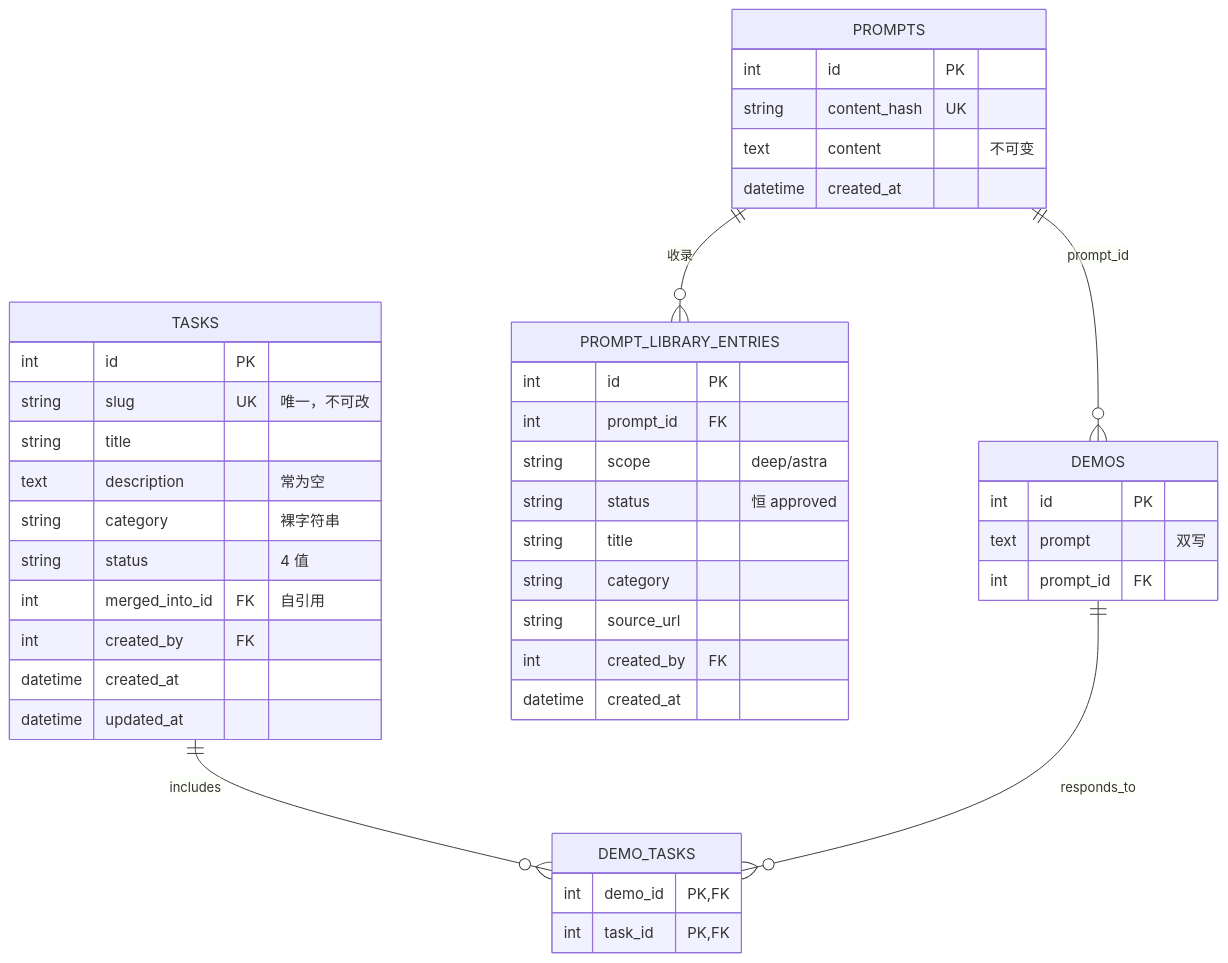
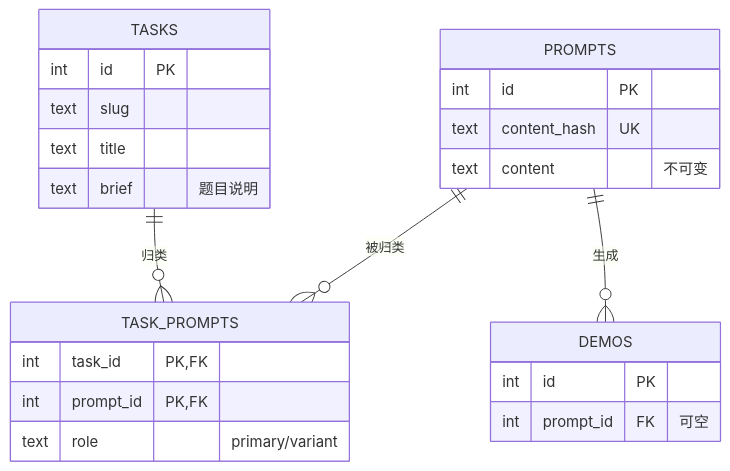
One commit to deepdemos/ds-demos-showcase changed the second of 6 diagrams in docs/实体域数据结构设计.md. Above: the diagram before and after it, drawn with Mermaid. The commit also changed other lines of this file, not shown here.

First line of the commit message:
docs: 实体域数据结构改为三级层次（Task -> Prompt -> Demo） (#73)

````diff
--- a/docs/实体域数据结构设计.md
+++ b/docs/实体域数据结构设计.md
@@ -43,45 +73,26 @@
 ```mermaid
 erDiagram
+    TASKS ||--o{ TASK_PROMPTS : "归类"
+    PROMPTS ||--o{ TASK_PROMPTS : "被归类"
+    PROMPTS ||--o{ DEMOS : "生成"
     TASKS {
         int id PK
-        string slug UK "唯一，不可改"
-        string title
-        text description "常为空"
-        string category "裸字符串"
-        string status "4 值"
-        int merged_into_id FK "自引用"
-        int created_by FK
-        datetime created_at
-        datetime updated_at
-    }
-    DEMO_TASKS {
-        int demo_id PK,FK
-        int task_id PK,FK
+        text slug
+        text title
+        text brief "题目说明"
     }
     PROMPTS {
         int id PK
-        string content_hash UK
+        text content_hash UK
         text content "不可变"
-        datetime created_at
     }
-    PROMPT_LIBRARY_ENTRIES {
-        int id PK
-        int prompt_id FK
-        string scope "deep/astra"
-        string status "恒 approved"
-        string title
-        string category
-        string source_url
-        int created_by FK
-        datetime created_at
+    TASK_PROMPTS {
+        int task_id PK,FK
+        int prompt_id PK,FK
+        text role "primary/variant"
     }
     DEMOS {
         int id PK
-        text prompt "双写"
-        int prompt_id FK
+        int prompt_id FK "可空"
     }
-    TASKS ||--o{ DEMO_TASKS : includes
-    DEMOS ||--o{ DEMO_TASKS : responds_to
-    PROMPTS ||--o{ DEMOS : "prompt_id"
-    PROMPTS ||--o{ PROMPT_LIBRARY_ENTRIES : "收录"
 ```
````
